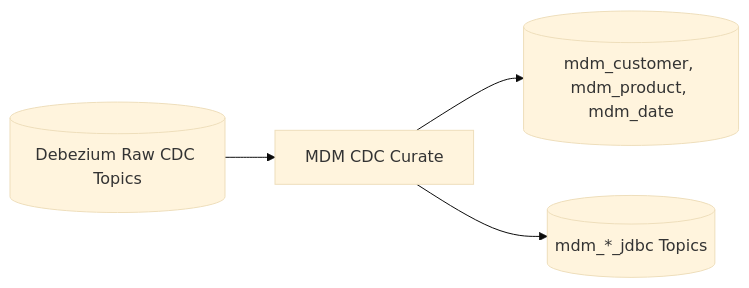
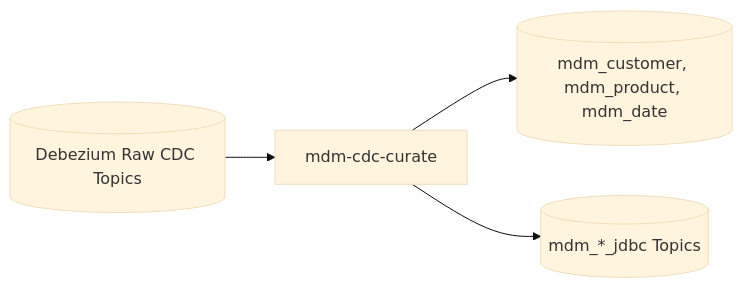
The first of 2 diagrams in process-apps/mdm-cdc-curate/readme.md (paulchen8206/Full-Stack-Modern-Data-Architecture-and-Engineering), drawn with Mermaid (base theme) before and after one commit. The commit also changed 18 other files, not shown here.

````diff
--- a/process-apps/mdm-cdc-curate/readme.md
+++ b/process-apps/mdm-cdc-curate/readme.md
@@ -21,11 +21,11 @@
 ```mermaid
 flowchart LR
    RAWCDC[(Debezium Raw CDC Topics)]
-   CURATE[MDM CDC Curate]
+   CURATE[mdm-cdc-curate]
    CURATED[(mdm_customer, mdm_product, mdm_date)]
    JDBC[(mdm_*_jdbc Topics)]
 
    RAWCDC --> CURATE
    CURATE --> CURATED
    CURATE --> JDBC
 ```
````
